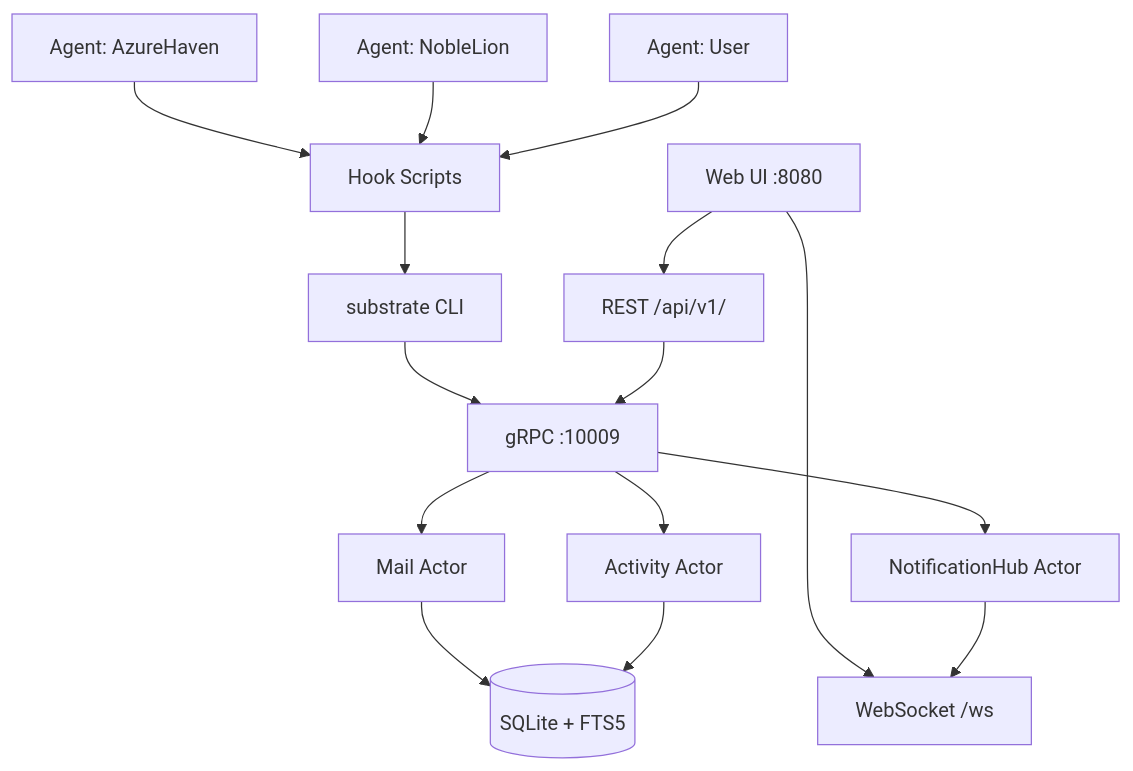
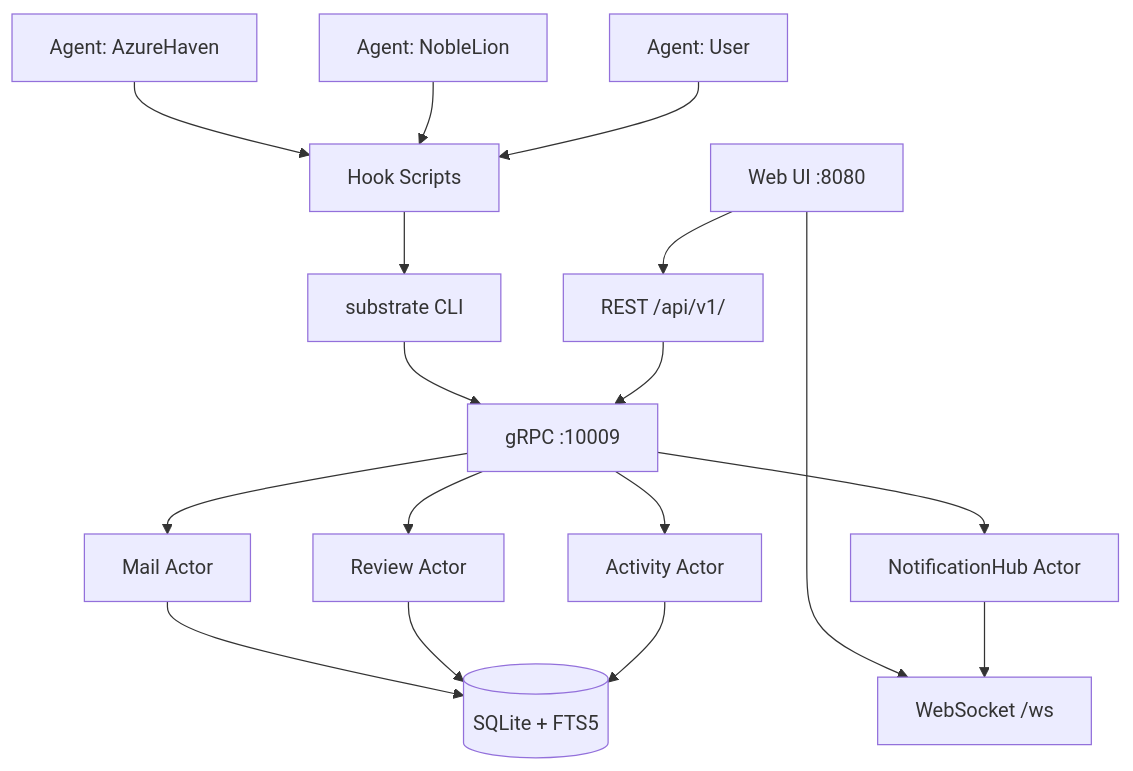
The first of 3 diagrams in docs/architecture.md (Roasbeef/substrate), drawn with Mermaid before and after one commit. The commit also changed other lines of this file and 1 other file, not shown here.

First line of the commit message:
docs: update architecture and API reference with review system

````diff
--- a/docs/architecture.md
+++ b/docs/architecture.md
@@ -8,21 +8,23 @@
 ```mermaid
 graph TB
     A1[Agent: AzureHaven] --> Hooks
     A2[Agent: NobleLion] --> Hooks
     A3[Agent: User] --> Hooks
 
     Hooks[Hook Scripts] --> CLI[substrate CLI]
     CLI --> GRPC[gRPC :10009]
 
     WEB[Web UI :8080] --> REST[REST /api/v1/]
     REST --> GRPC
     WEB --> WS[WebSocket /ws]
 
     GRPC --> MA[Mail Actor]
+    GRPC --> RA[Review Actor]
     GRPC --> NH[NotificationHub Actor]
     GRPC --> AA[Activity Actor]
 
     MA --> DB[(SQLite + FTS5)]
+    RA --> DB
     AA --> DB
     NH --> WS
 ```
````
